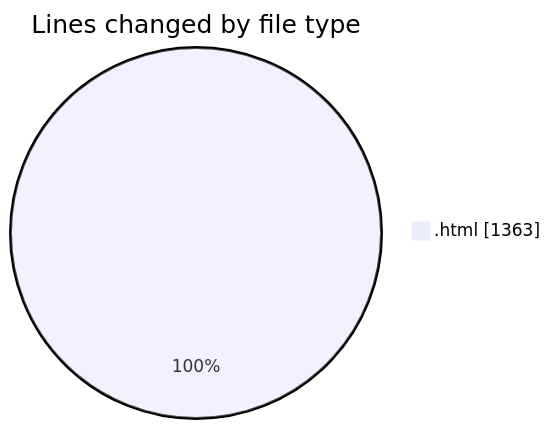
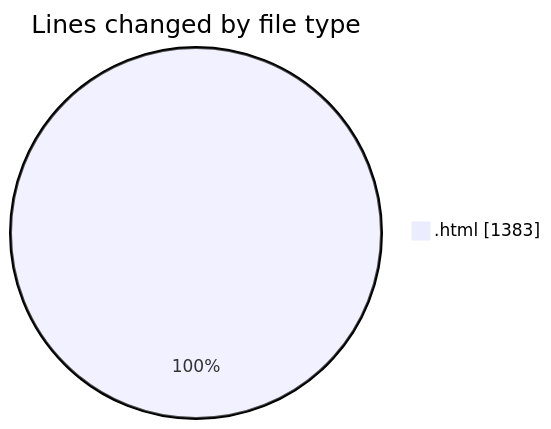
Before and after one commit to Ritupan-Deka/code-tracking: the first of 2 diagrams in 2025-05-21/filetransfer/README.md, drawn with Mermaid. The commit also changed other lines of this file and 1 other file, not shown here.

````diff
--- a/2025-05-21/filetransfer/README.md
+++ b/2025-05-21/filetransfer/README.md
@@ -22,5 +22,5 @@
 ```mermaid
 pie showData
 title Lines changed by file type
-".html" : 1363
+".html" : 1383
 ```
````
